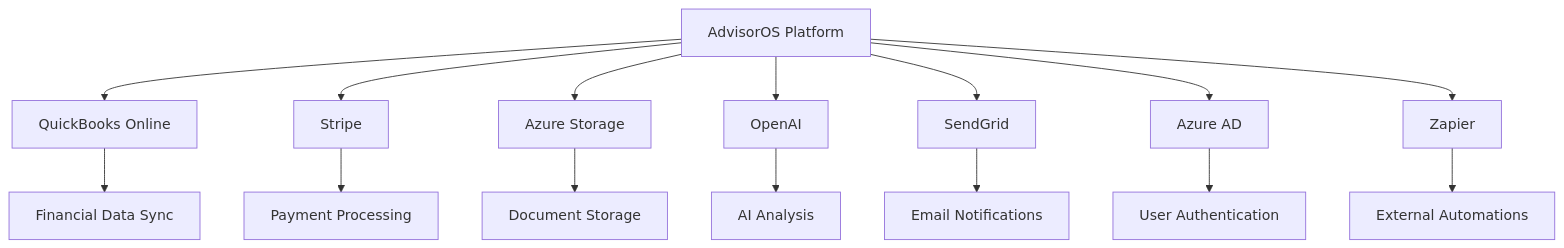
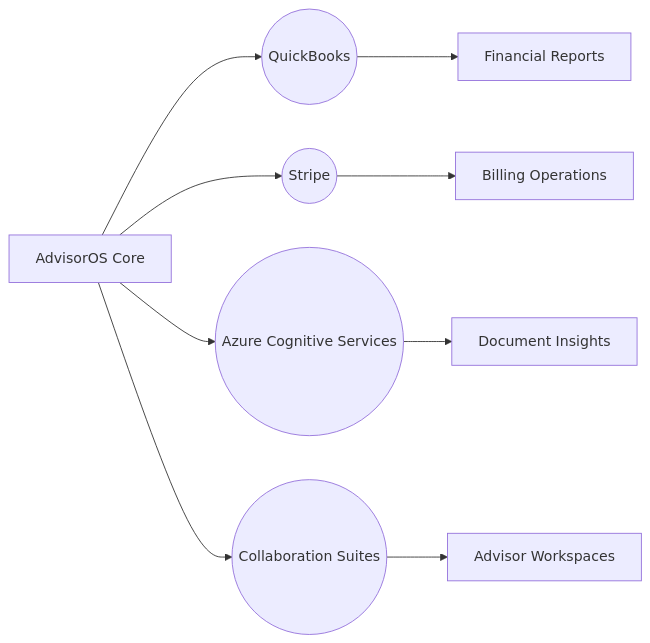
One commit to markus41/AdvisorOS changed the diagram in docs/INTEGRATION_GUIDES.md. Above: the diagram before and after it, drawn with Mermaid. The commit also changed other lines of this file and 5 other files, not shown here.

Commit message:
Refine AdvisorOS core documentation with elevated template

````diff
--- a/docs/INTEGRATION_GUIDES.md
+++ b/docs/INTEGRATION_GUIDES.md
@@ -44,18 +52,11 @@
 ```mermaid
-graph TB
-    A[AdvisorOS Platform] --> B[QuickBooks Online]
-    A --> C[Stripe]
-    A --> D[Azure Storage]
-    A --> E[OpenAI]
-    A --> F[SendGrid]
-    A --> G[Azure AD]
-    A --> H[Zapier]
-
-    B --> I[Financial Data Sync]
-    C --> J[Payment Processing]
-    D --> K[Document Storage]
-    E --> L[AI Analysis]
-    F --> M[Email Notifications]
-    G --> N[User Authentication]
-    H --> O[External Automations]
+graph LR
+  AdvisorOS[AdvisorOS Core] --> QuickBooks((QuickBooks))
+  AdvisorOS --> Stripe((Stripe))
+  AdvisorOS --> AzureAI((Azure Cognitive Services))
+  AdvisorOS --> Collaboration((Collaboration Suites))
+  QuickBooks --> Reports[Financial Reports]
+  Stripe --> BillingOps[Billing Operations]
+  AzureAI --> Insights[Document Insights]
+  Collaboration --> Advisors[Advisor Workspaces]
 ```
````
